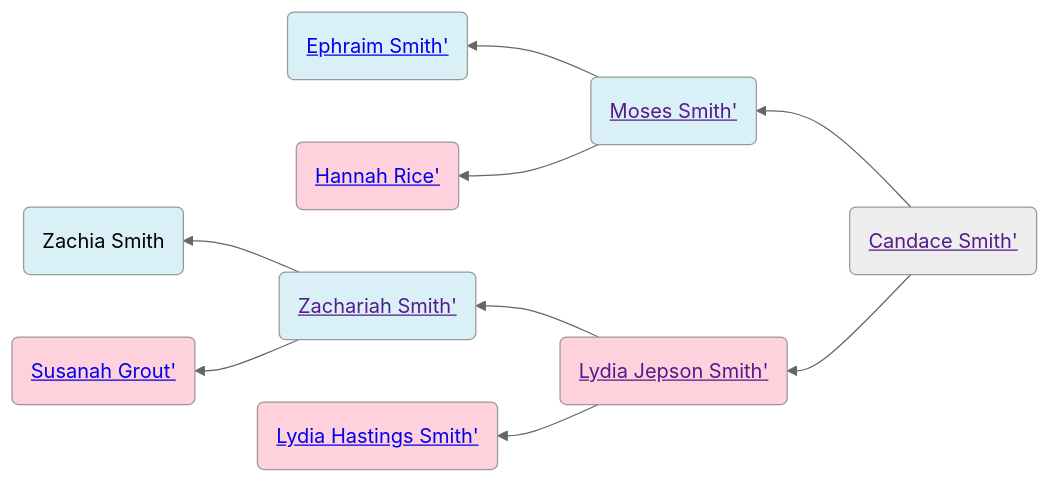
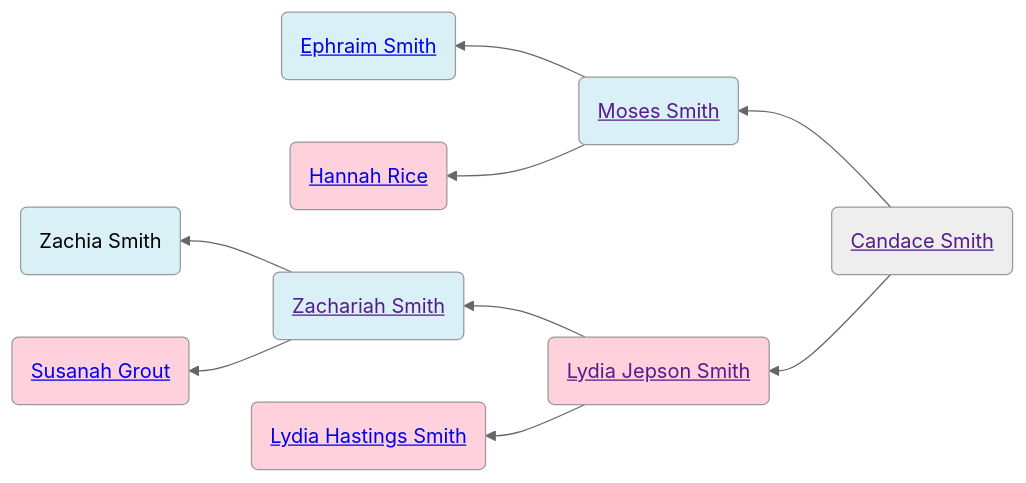
The first of 2 diagrams in familyhistory/sources/people/Merrill-line/White-line/Candace-Smith-line/Candace_Smith.qmd (neelsmith/avocational), drawn with Mermaid (neutral theme) before and after one commit. The commit also changed other lines of this file and 96 other files, not shown here.

````diff
--- a/familyhistory/sources/people/Merrill-line/White-line/Candace-Smith-line/Candace_Smith.qmd
+++ b/familyhistory/sources/people/Merrill-line/White-line/Candace-Smith-line/Candace_Smith.qmd
@@ -34,24 +34,24 @@
 ```{mermaid}
 graph RL
 %% RL ancestor diagram
-Candace_Smith(<a href=''>Candace Smith'</>) -->  Moses_Smith(<a href='./../../../Moses_Smith_connections/Moses_Smith.html'>Moses Smith'</>)
-Moses_Smith(<a href=''>Moses Smith'</>) -->  Ephraim_Smith(<a href='./../Merrill-line/White-line/Candace-Smith-line/Ephraim_Smith.html'>Ephraim Smith'</>)
+Candace_Smith(<a href=''>Candace Smith</a>) -->  Moses_Smith(<a href='./../../../Moses_Smith_connections/Moses_Smith.html'>Moses Smith</a>)
+Moses_Smith(<a href=''>Moses Smith</a>) -->  Ephraim_Smith(<a href='./../Merrill-line/White-line/Candace-Smith-line/Ephraim_Smith.html'>Ephraim Smith</a>)
 class Ephraim_Smith father
-Moses_Smith(<a href=''>Moses Smith'</>)  --> Hannah_Rice(<a href='./../Merrill-line/White-line/Candace-Smith-line/Hannah_Rice.html'>Hannah Rice'</>)
+Moses_Smith(<a href=''>Moses Smith</a>)  --> Hannah_Rice(<a href='./../Merrill-line/White-line/Candace-Smith-line/Hannah_Rice.html'>Hannah Rice</a>)
 class Hannah_Rice mother
 class Moses_Smith father
-Candace_Smith(<a href=''>Candace Smith'</>)  --> Lydia_Jepson_Smith(<a href='./Lydia_Jepson_Smith.html'>Lydia Jepson Smith'</>)
-Lydia_Jepson_Smith(<a href=''>Lydia Jepson Smith'</>) -->  Zachariah_Smith(<a href='./Zachariah_Smith.html'>Zachariah Smith'</>)
-Zachariah_Smith(<a href=''>Zachariah Smith'</>) -->  Zachia_Smith(Zachia Smith)
+Candace_Smith(<a href=''>Candace Smith</a>)  --> Lydia_Jepson_Smith(<a href='./Lydia_Jepson_Smith.html'>Lydia Jepson Smith</a>)
+Lydia_Jepson_Smith(<a href=''>Lydia Jepson Smith</a>) -->  Zachariah_Smith(<a href='./Zachariah_Smith.html'>Zachariah Smith</a>)
+Zachariah_Smith(<a href=''>Zachariah Smith</a>) -->  Zachia_Smith(Zachia Smith)
 class Zachia_Smith father
-Zachariah_Smith(<a href=''>Zachariah Smith'</>)  --> Susanah_Grout(<a href='./../../Susanah_Grout.html'>Susanah Grout'</>)
+Zachariah_Smith(<a href=''>Zachariah Smith</a>)  --> Susanah_Grout(<a href='./../../Susanah_Grout.html'>Susanah Grout</a>)
 class Susanah_Grout mother
 class Zachariah_Smith father
-Lydia_Jepson_Smith(<a href=''>Lydia Jepson Smith'</>)  --> Lydia_Hastings_Smith(<a href='./Lydia_Hastings_Smith.html'>Lydia Hastings Smith'</>)
+Lydia_Jepson_Smith(<a href=''>Lydia Jepson Smith</a>)  --> Lydia_Hastings_Smith(<a href='./Lydia_Hastings_Smith.html'>Lydia Hastings Smith</a>)
 class Lydia_Hastings_Smith mother
 class Lydia_Jepson_Smith mother
 classDef mother fill:#ffd1dc
 classDef father fill:#daf0f7  
 classDef marriage fill:#ffffff
 
 ```
````
